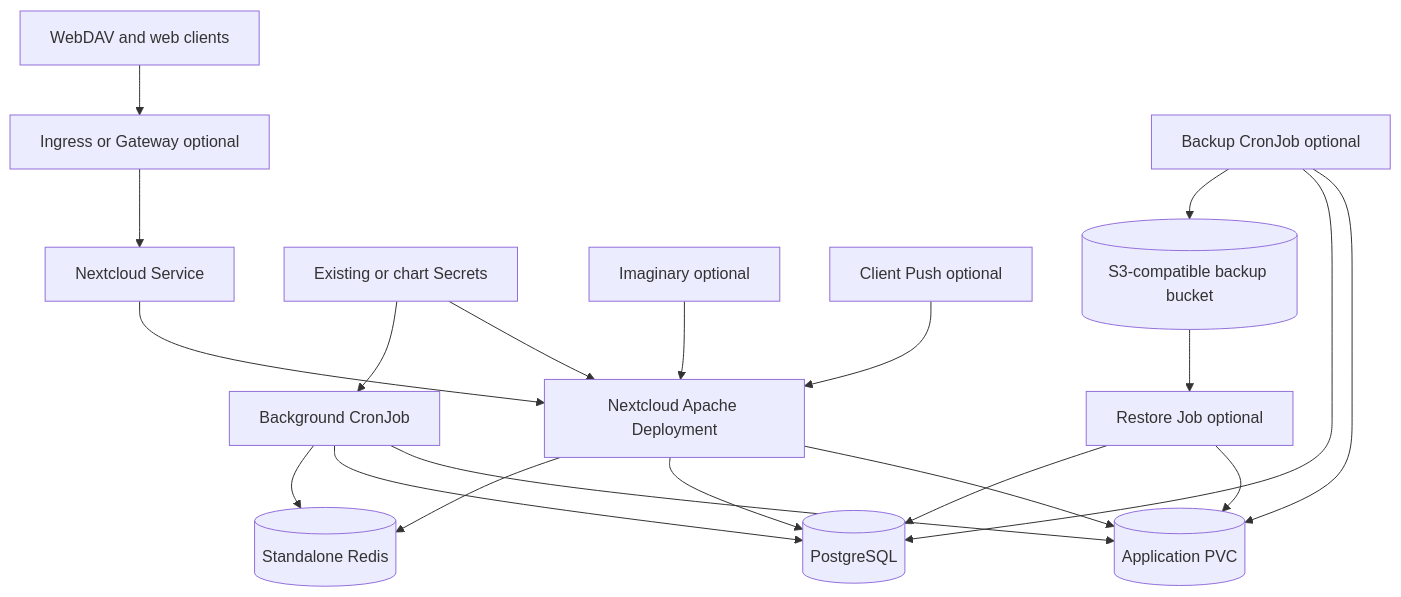
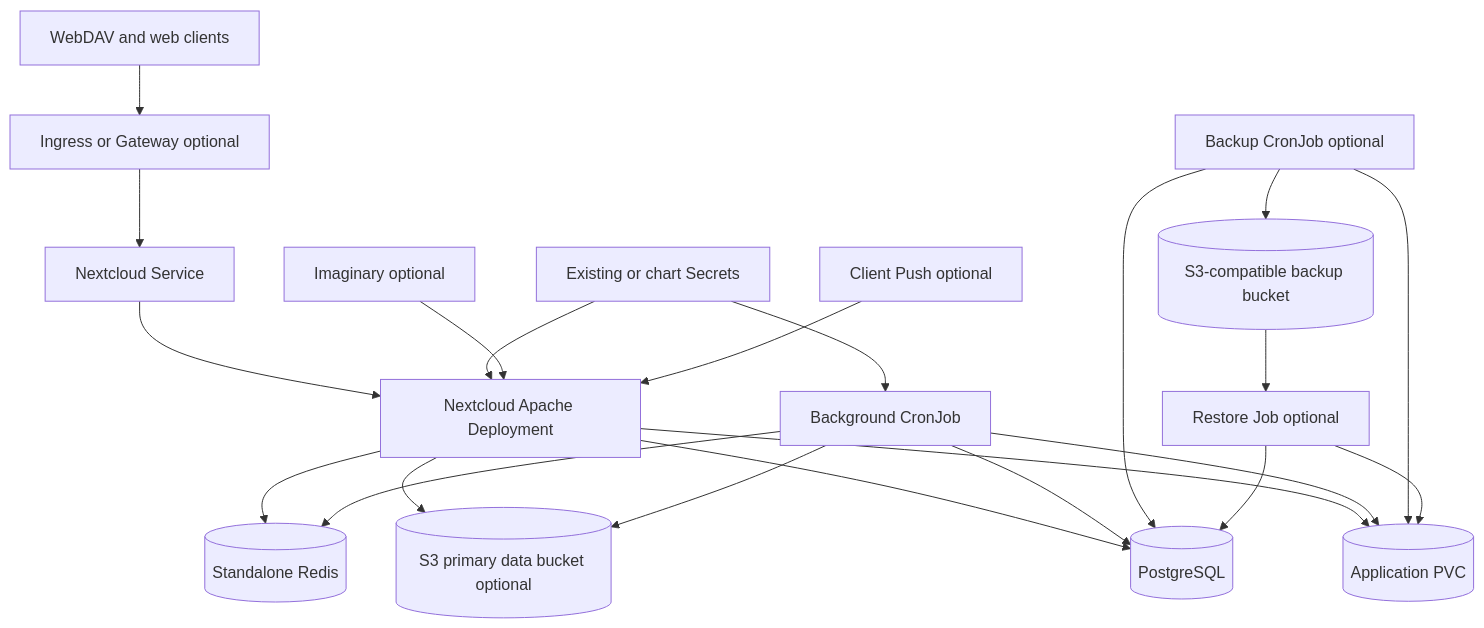
Before and after one commit to helmforgedev/charts: the diagram in charts/nextcloud/DESIGN.md, drawn with Mermaid. The commit also changed other lines of this file and 24 other files, not shown here.

````diff
--- a/charts/nextcloud/DESIGN.md
+++ b/charts/nextcloud/DESIGN.md
@@ -18,22 +18,24 @@
 ```mermaid
 flowchart TB
   users[WebDAV and web clients] --> route[Ingress or Gateway optional]
   route --> service[Nextcloud Service]
   service --> app[Nextcloud Apache Deployment]
   app --> files[(Application PVC)]
+  app --> primary[(S3 primary data bucket optional)]
   app --> postgres[(PostgreSQL)]
   app --> redis[(Standalone Redis)]
   cron[Background CronJob] --> files
   cron --> postgres
   cron --> redis
+  cron --> primary
   secrets[Existing or chart Secrets] --> app
   secrets --> cron
   imaginary[Imaginary optional] --> app
   push[Client Push optional] --> app
   backup[Backup CronJob optional] --> files
   backup --> postgres
   backup --> bucket[(S3-compatible backup bucket)]
   bucket --> restore[Restore Job optional]
   restore --> files
   restore --> postgres
 ```
````
